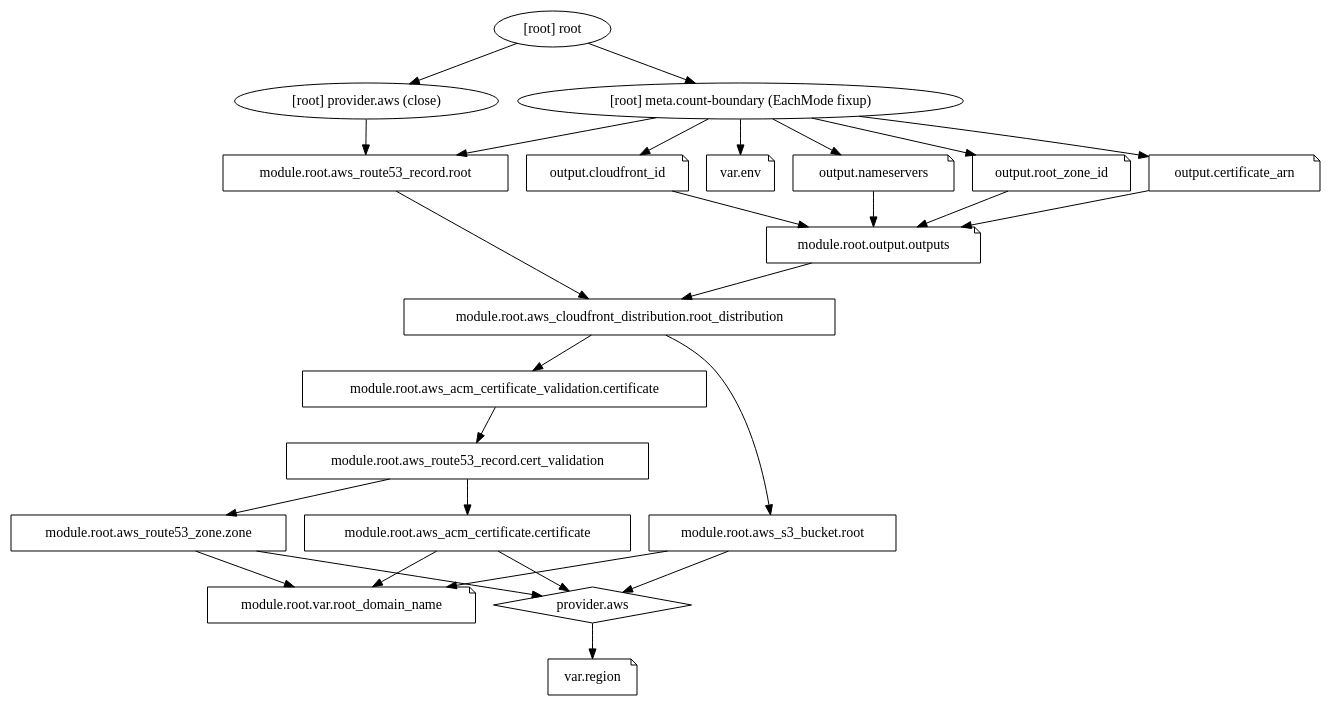
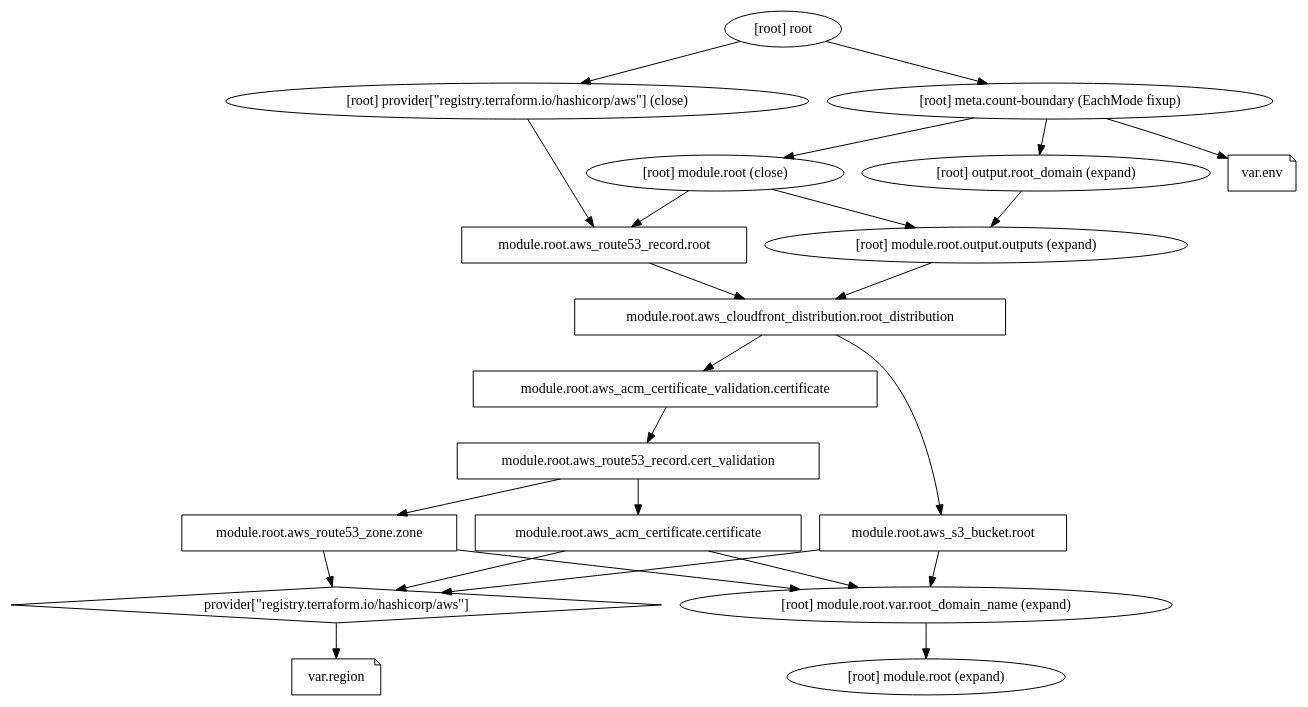
The diagram in rockygray.com/graph.dot (grocky/infrastructure), drawn with Graphviz before and after one commit. The commit also changed 4 other files, not shown here.

```diff
--- a/rockygray.com/graph.dot
+++ b/rockygray.com/graph.dot
@@ -1,49 +1,40 @@
 digraph {
 	compound = "true"
 	newrank = "true"
 	subgraph "root" {
-		"[root] module.root.aws_acm_certificate.certificate" [label = "module.root.aws_acm_certificate.certificate", shape = "box"]
-		"[root] module.root.aws_acm_certificate_validation.certificate" [label = "module.root.aws_acm_certificate_validation.certificate", shape = "box"]
-		"[root] module.root.aws_cloudfront_distribution.root_distribution" [label = "module.root.aws_cloudfront_distribution.root_distribution", shape = "box"]
-		"[root] module.root.aws_route53_record.cert_validation" [label = "module.root.aws_route53_record.cert_validation", shape = "box"]
-		"[root] module.root.aws_route53_record.root" [label = "module.root.aws_route53_record.root", shape = "box"]
-		"[root] module.root.aws_route53_zone.zone" [label = "module.root.aws_route53_zone.zone", shape = "box"]
-		"[root] module.root.aws_s3_bucket.root" [label = "module.root.aws_s3_bucket.root", shape = "box"]
-		"[root] module.root.output.outputs" [label = "module.root.output.outputs", shape = "note"]
-		"[root] module.root.var.root_domain_name" [label = "module.root.var.root_domain_name", shape = "note"]
-		"[root] output.certificate_arn" [label = "output.certificate_arn", shape = "note"]
-		"[root] output.cloudfront_id" [label = "output.cloudfront_id", shape = "note"]
-		"[root] output.nameservers" [label = "output.nameservers", shape = "note"]
-		"[root] output.root_zone_id" [label = "output.root_zone_id", shape = "note"]
-		"[root] provider.aws" [label = "provider.aws", shape = "diamond"]
+		"[root] module.root.aws_acm_certificate.certificate (expand)" [label = "module.root.aws_acm_certificate.certificate", shape = "box"]
+		"[root] module.root.aws_acm_certificate_validation.certificate (expand)" [label = "module.root.aws_acm_certificate_validation.certificate", shape = "box"]
+		"[root] module.root.aws_cloudfront_distribution.root_distribution (expand)" [label = "module.root.aws_cloudfront_distribution.root_distribution", shape = "box"]
+		"[root] module.root.aws_route53_record.cert_validation (expand)" [label = "module.root.aws_route53_record.cert_validation", shape = "box"]
+		"[root] module.root.aws_route53_record.root (expand)" [label = "module.root.aws_route53_record.root", shape = "box"]
+		"[root] module.root.aws_route53_zone.zone (expand)" [label = "module.root.aws_route53_zone.zone", shape = "box"]
+		"[root] module.root.aws_s3_bucket.root (expand)" [label = "module.root.aws_s3_bucket.root", shape = "box"]
+		"[root] provider[\"registry.terraform.io/hashicorp/aws\"]" [label = "provider[\"registry.terraform.io/hashicorp/aws\"]", shape = "diamond"]
 		"[root] var.env" [label = "var.env", shape = "note"]
 		"[root] var.region" [label = "var.region", shape = "note"]
-		"[root] meta.count-boundary (EachMode fixup)" -> "[root] module.root.aws_route53_record.root"
-		"[root] meta.count-boundary (EachMode fixup)" -> "[root] output.certificate_arn"
-		"[root] meta.count-boundary (EachMode fixup)" -> "[root] output.cloudfront_id"
-		"[root] meta.count-boundary (EachMode fixup)" -> "[root] output.nameservers"
-		"[root] meta.count-boundary (EachMode fixup)" -> "[root] output.root_zone_id"
+		"[root] meta.count-boundary (EachMode fixup)" -> "[root] module.root (close)"
+		"[root] meta.count-boundary (EachMode fixup)" -> "[root] output.root_domain (expand)"
 		"[root] meta.count-boundary (EachMode fixup)" -> "[root] var.env"
-		"[root] module.root.aws_acm_certificate.certificate" -> "[root] module.root.var.root_domain_name"
-		"[root] module.root.aws_acm_certificate.certificate" -> "[root] provider.aws"
-		"[root] module.root.aws_acm_certificate_validation.certificate" -> "[root] module.root.aws_route53_record.cert_validation"
-		"[root] module.root.aws_cloudfront_distribution.root_distribution" -> "[root] module.root.aws_acm_certificate_validation.certificate"
-		"[root] module.root.aws_cloudfront_distribution.root_distribution" -> "[root] module.root.aws_s3_bucket.root"
-		"[root] module.root.aws_route53_record.cert_validation" -> "[root] module.root.aws_acm_certificate.certificate"
-		"[root] module.root.aws_route53_record.cert_validation" -> "[root] module.root.aws_route53_zone.zone"
-		"[root] module.root.aws_route53_record.root" -> "[root] module.root.aws_cloudfront_distribution.root_distribution"
-		"[root] module.root.aws_route53_zone.zone" -> "[root] module.root.var.root_domain_name"
-		"[root] module.root.aws_route53_zone.zone" -> "[root] provider.aws"
-		"[root] module.root.aws_s3_bucket.root" -> "[root] module.root.var.root_domain_name"
-		"[root] module.root.aws_s3_bucket.root" -> "[root] provider.aws"
-		"[root] module.root.output.outputs" -> "[root] module.root.aws_cloudfront_distribution.root_distribution"
-		"[root] output.certificate_arn" -> "[root] module.root.output.outputs"
-		"[root] output.cloudfront_id" -> "[root] module.root.output.outputs"
-		"[root] output.nameservers" -> "[root] module.root.output.outputs"
-		"[root] output.root_zone_id" -> "[root] module.root.output.outputs"
-		"[root] provider.aws (close)" -> "[root] module.root.aws_route53_record.root"
-		"[root] provider.aws" -> "[root] var.region"
+		"[root] module.root (close)" -> "[root] module.root.aws_route53_record.root (expand)"
+		"[root] module.root (close)" -> "[root] module.root.output.outputs (expand)"
+		"[root] module.root.aws_acm_certificate.certificate (expand)" -> "[root] module.root.var.root_domain_name (expand)"
+		"[root] module.root.aws_acm_certificate.certificate (expand)" -> "[root] provider[\"registry.terraform.io/hashicorp/aws\"]"
+		"[root] module.root.aws_acm_certificate_validation.certificate (expand)" -> "[root] module.root.aws_route53_record.cert_validation (expand)"
+		"[root] module.root.aws_cloudfront_distribution.root_distribution (expand)" -> "[root] module.root.aws_acm_certificate_validation.certificate (expand)"
+		"[root] module.root.aws_cloudfront_distribution.root_distribution (expand)" -> "[root] module.root.aws_s3_bucket.root (expand)"
+		"[root] module.root.aws_route53_record.cert_validation (expand)" -> "[root] module.root.aws_acm_certificate.certificate (expand)"
+		"[root] module.root.aws_route53_record.cert_validation (expand)" -> "[root] module.root.aws_route53_zone.zone (expand)"
+		"[root] module.root.aws_route53_record.root (expand)" -> "[root] module.root.aws_cloudfront_distribution.root_distribution (expand)"
+		"[root] module.root.aws_route53_zone.zone (expand)" -> "[root] module.root.var.root_domain_name (expand)"
+		"[root] module.root.aws_route53_zone.zone (expand)" -> "[root] provider[\"registry.terraform.io/hashicorp/aws\"]"
+		"[root] module.root.aws_s3_bucket.root (expand)" -> "[root] module.root.var.root_domain_name (expand)"
+		"[root] module.root.aws_s3_bucket.root (expand)" -> "[root] provider[\"registry.terraform.io/hashicorp/aws\"]"
+		"[root] module.root.output.outputs (expand)" -> "[root] module.root.aws_cloudfront_distribution.root_distribution (expand)"
+		"[root] module.root.var.root_domain_name (expand)" -> "[root] module.root (expand)"
+		"[root] output.root_domain (expand)" -> "[root] module.root.output.outputs (expand)"
+		"[root] provider[\"registry.terraform.io/hashicorp/aws\"] (close)" -> "[root] module.root.aws_route53_record.root (expand)"
+		"[root] provider[\"registry.terraform.io/hashicorp/aws\"]" -> "[root] var.region"
 		"[root] root" -> "[root] meta.count-boundary (EachMode fixup)"
-		"[root] root" -> "[root] provider.aws (close)"
+		"[root] root" -> "[root] provider[\"registry.terraform.io/hashicorp/aws\"] (close)"
 	}
 }
```
